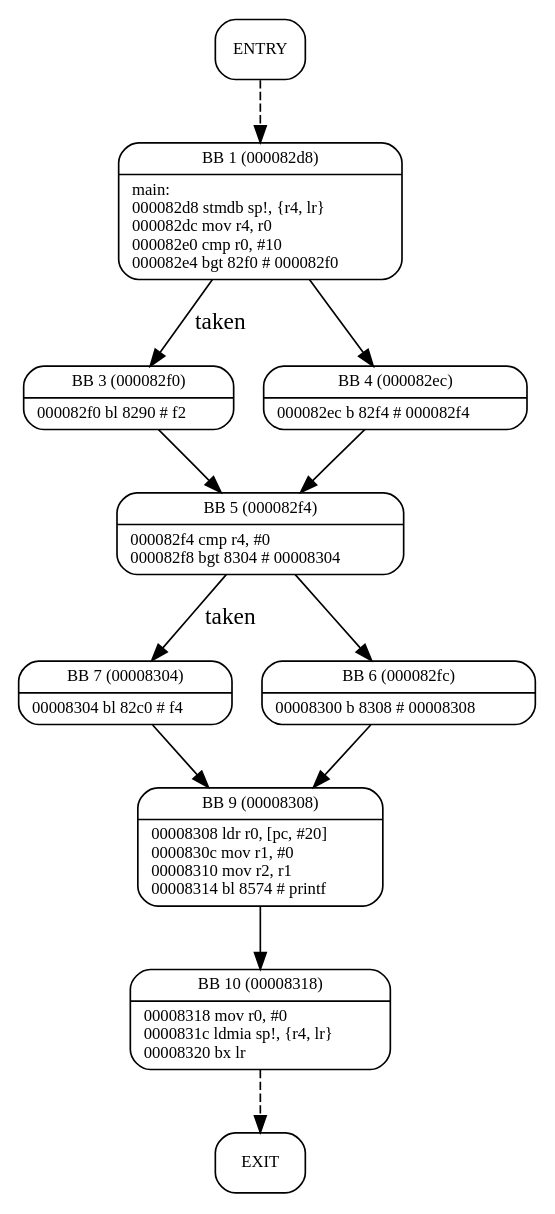
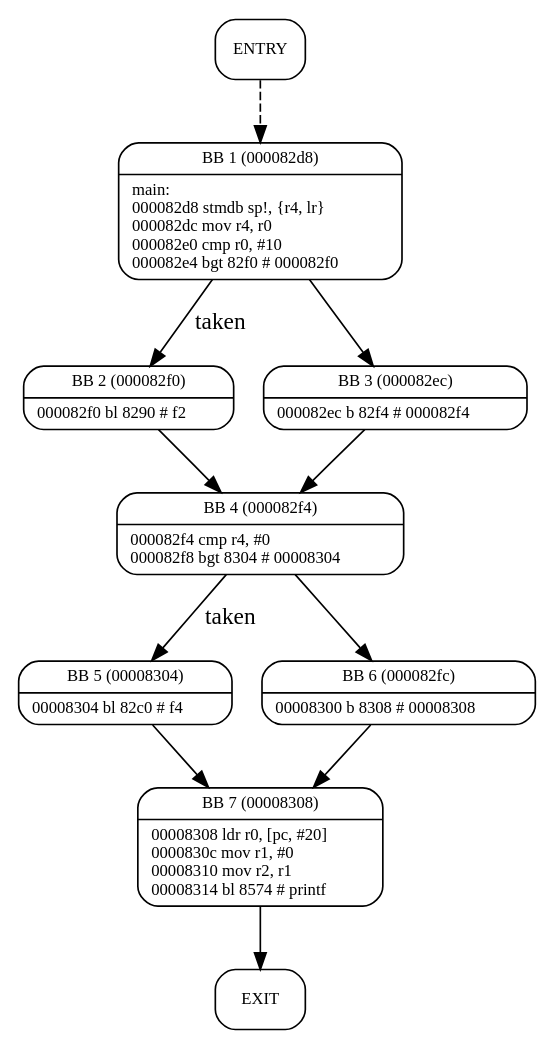
The diagram in benchmarks/if_then_else_2seq/if_then_else_2seq_without_calls.dot (Dune-jr/pathfinder), drawn with Graphviz before and after one commit. The commit also changed 14 other files, not shown here.

```diff
--- a/benchmarks/if_then_else_2seq/if_then_else_2seq_without_calls.dot
+++ b/benchmarks/if_then_else_2seq/if_then_else_2seq_without_calls.dot
@@ -1,24 +1,22 @@
 digraph main{
 node [shape=Mrecord, labeljust=l, fontsize=10];
 	"0" [label="ENTRY"]
 	"0" -> "1" [style=dashed, weight=4];
 	"1" [label="{BB 1 (000082d8) | main:\l000082d8    stmdb sp!, \{r4, lr\}\l000082dc    mov r4, r0\l000082e0    cmp r0, #10\l000082e4    bgt 82f0    # 000082f0\l }"]
 	"1" -> "3" [label="taken", weight=4];
 	"1" -> "4" [weight=4];
-	"3" [label="{BB 3 (000082f0) | 000082f0    bl 8290    # f2\l }"]
+	"3" [label="{BB 2 (000082f0) | 000082f0    bl 8290    # f2\l }"]
 	"3" -> "5" [weight=4];
-	"4" [label="{BB 4 (000082ec) | 000082ec    b 82f4    # 000082f4\l }"]
+	"4" [label="{BB 3 (000082ec) | 000082ec    b 82f4    # 000082f4\l }"]
 	"4" -> "5" [label="", weight=4];
-	"5" [label="{BB 5 (000082f4) | 000082f4    cmp r4, #0\l000082f8    bgt 8304    # 00008304\l }"]
+	"5" [label="{BB 4 (000082f4) | 000082f4    cmp r4, #0\l000082f8    bgt 8304    # 00008304\l }"]
 	"5" -> "6" [label="taken", weight=4];
 	"5" -> "8" [weight=4];
-	"6" [label="{BB 7 (00008304) | 00008304    bl 82c0    # f4\l }"]
+	"6" [label="{BB 5 (00008304) | 00008304    bl 82c0    # f4\l }"]
 	"6" -> "9" [weight=4];
 	"8" [label="{BB 6 (000082fc) | 00008300    b 8308    # 00008308\l }"]
 	"8" -> "9" [label="", weight=4];
-	"9" [label="{BB 9 (00008308) | 00008308    ldr r0, [pc, #20]\l0000830c    mov r1, #0\l00008310    mov r2, r1\l00008314    bl 8574    # printf\l }"]
-	"9" -> "10" [weight=4];
-	"10" [label="{BB 10 (00008318) | 00008318    mov r0, #0\l0000831c    ldmia sp!, \{r4, lr\}\l00008320    bx lr\l }"]
-	"10" -> "11" [style=dashed, weight=4];
+	"9" [label="{BB 7 (00008308) | 00008308    ldr r0, [pc, #20]\l0000830c    mov r1, #0\l00008310    mov r2, r1\l00008314    bl 8574    # printf\l }"]
+	"9" -> "11" [weight=4];
 	"11" [label="EXIT"]
 }
```
